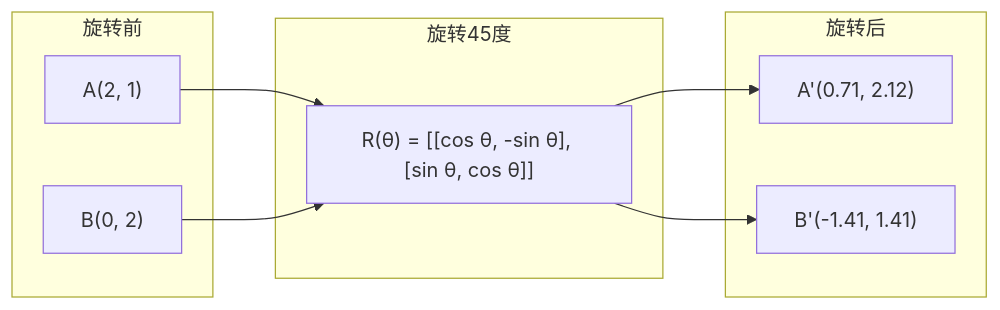
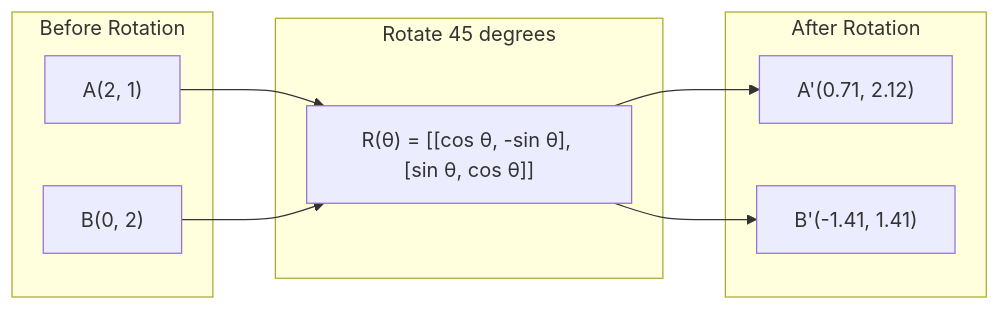
One commit to xiaojiaenen/ai-engineering-from-scratch-zh changed the second of 7 diagrams in i18n/zh/phases/01-math-foundations/03-matrix-transformations/docs/zh.md. Above: the diagram before and after it, drawn with Mermaid. The commit also changed other lines of this file and 22 other files, not shown here.

````diff
--- a/i18n/zh/phases/01-math-foundations/03-matrix-transformations/docs/zh.md
+++ b/i18n/zh/phases/01-math-foundations/03-matrix-transformations/docs/zh.md
@@ -50,16 +50,16 @@
 ```mermaid
 graph LR
-    subgraph Before["旋转前"]
+    subgraph Before["Before Rotation"]
         A["A(2, 1)"]
         B["B(0, 2)"]
     end
-    subgraph Rot["旋转45度"]
+    subgraph Rot["Rotate 45 degrees"]
         R["R(θ) = [[cos θ, -sin θ], [sin θ, cos θ]]"]
     end
-    subgraph After["旋转后"]
+    subgraph After["After Rotation"]
         Ap["A'(0.71, 2.12)"]
         Bp["B'(-1.41, 1.41)"]
     end
     A --> R --> Ap
     B --> R --> Bp
 ```
````
